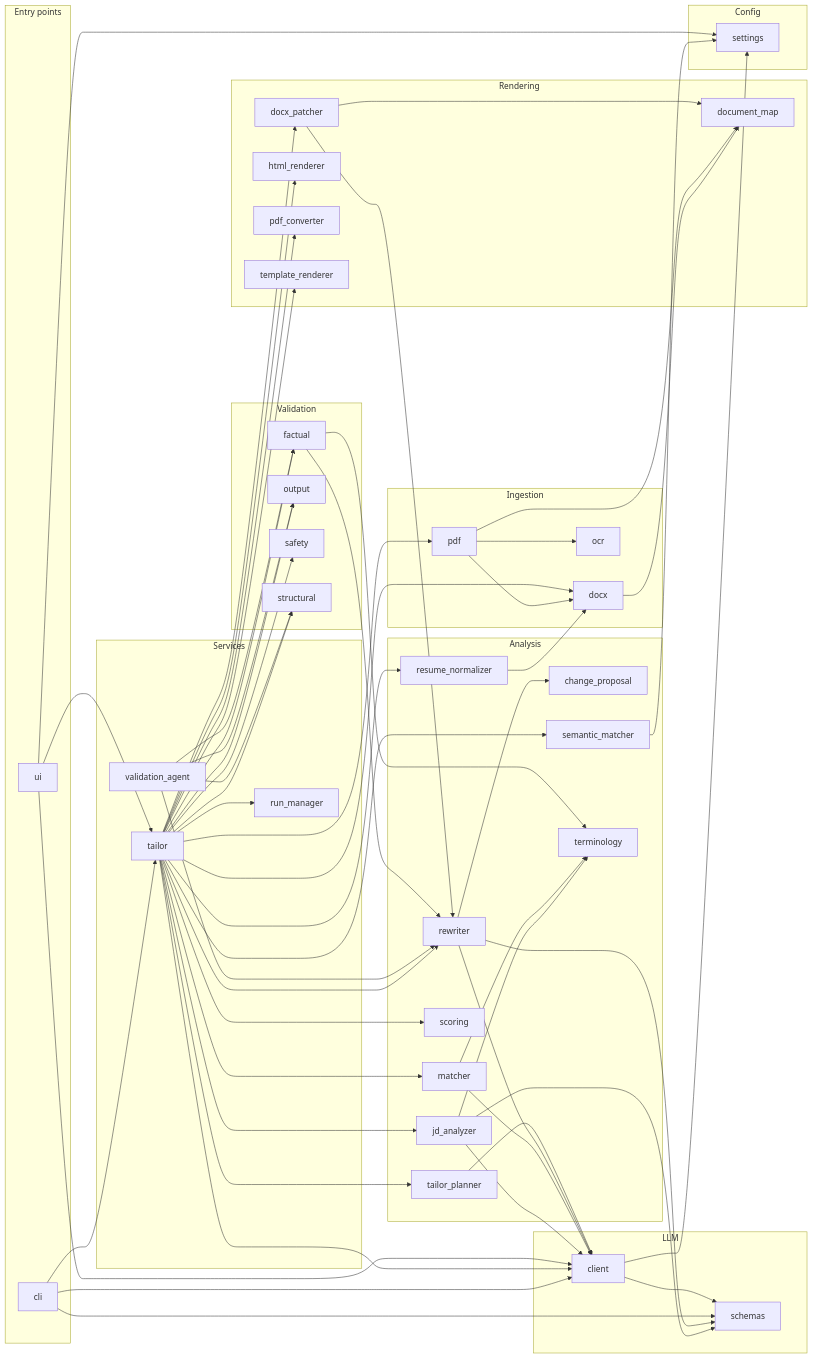
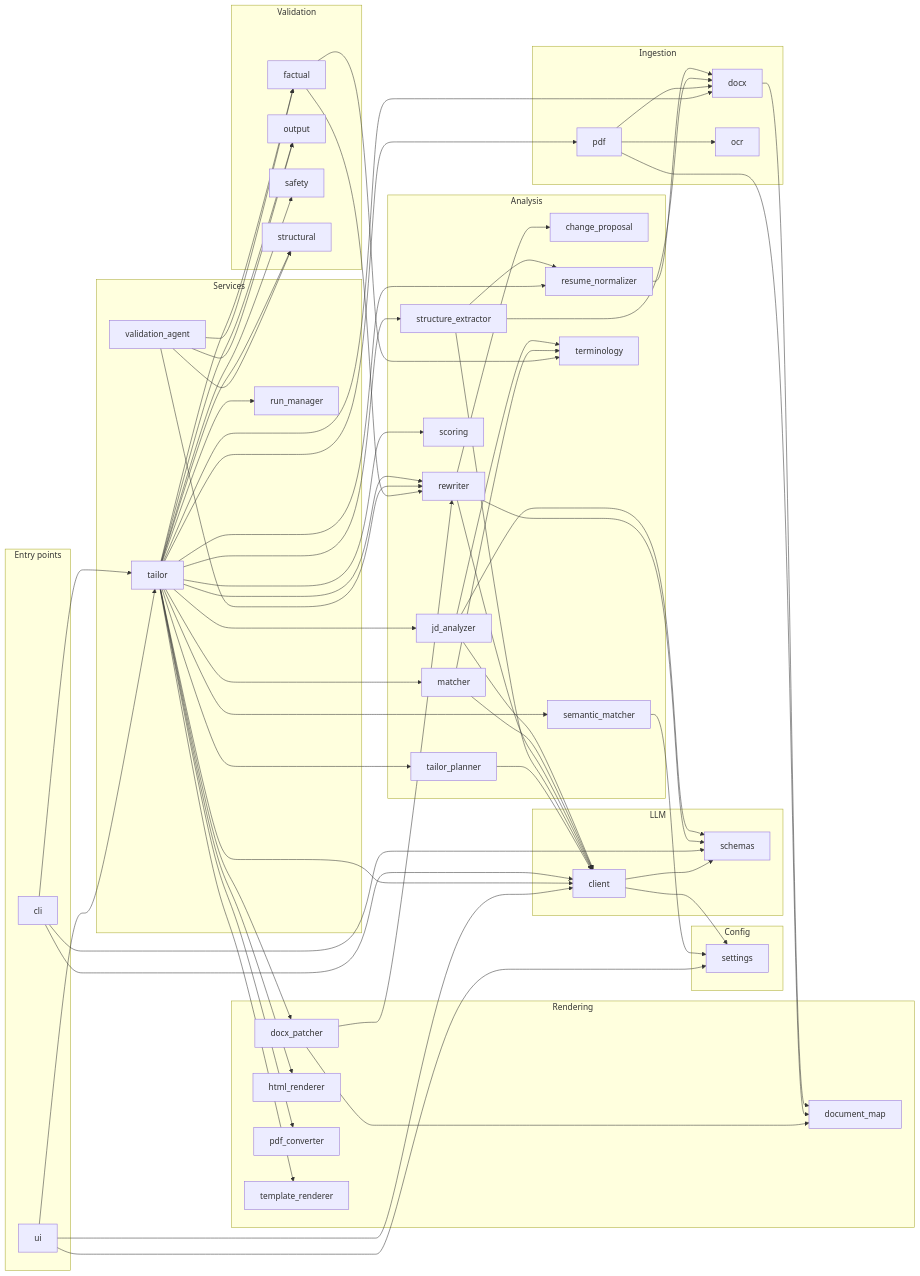
One commit to alwayss-snape/Resume-optimizer changed the diagram in docs/KNOWLEDGE_GRAPH.md. Above: the diagram before and after it, drawn with Mermaid. The commit also changed other lines of this file and 10 other files, not shown here.

```diff
--- a/docs/KNOWLEDGE_GRAPH.md
+++ b/docs/KNOWLEDGE_GRAPH.md
@@ -614,6 +636,7 @@
     analysis_rewriter[rewriter]
     analysis_scoring[scoring]
     analysis_semantic_matcher[semantic_matcher]
+    analysis_structure_extractor[structure_extractor]
     analysis_tailor_planner[tailor_planner]
     analysis_terminology[terminology]
   end
@@ -661,6 +684,9 @@
   analysis_rewriter --> llm_client
   analysis_rewriter --> llm_schemas
   analysis_semantic_matcher --> config_settings
+  analysis_structure_extractor --> analysis_resume_normalizer
+  analysis_structure_extractor --> ingestion_docx
+  analysis_structure_extractor --> llm_client
   analysis_tailor_planner --> llm_client
   cli --> llm_client
   cli --> llm_schemas
@@ -679,6 +705,7 @@
   services_tailor --> analysis_rewriter
   services_tailor --> analysis_scoring
   services_tailor --> analysis_semantic_matcher
+  services_tailor --> analysis_structure_extractor
   services_tailor --> analysis_tailor_planner
   services_tailor --> ingestion_docx
   services_tailor --> ingestion_pdf
```
